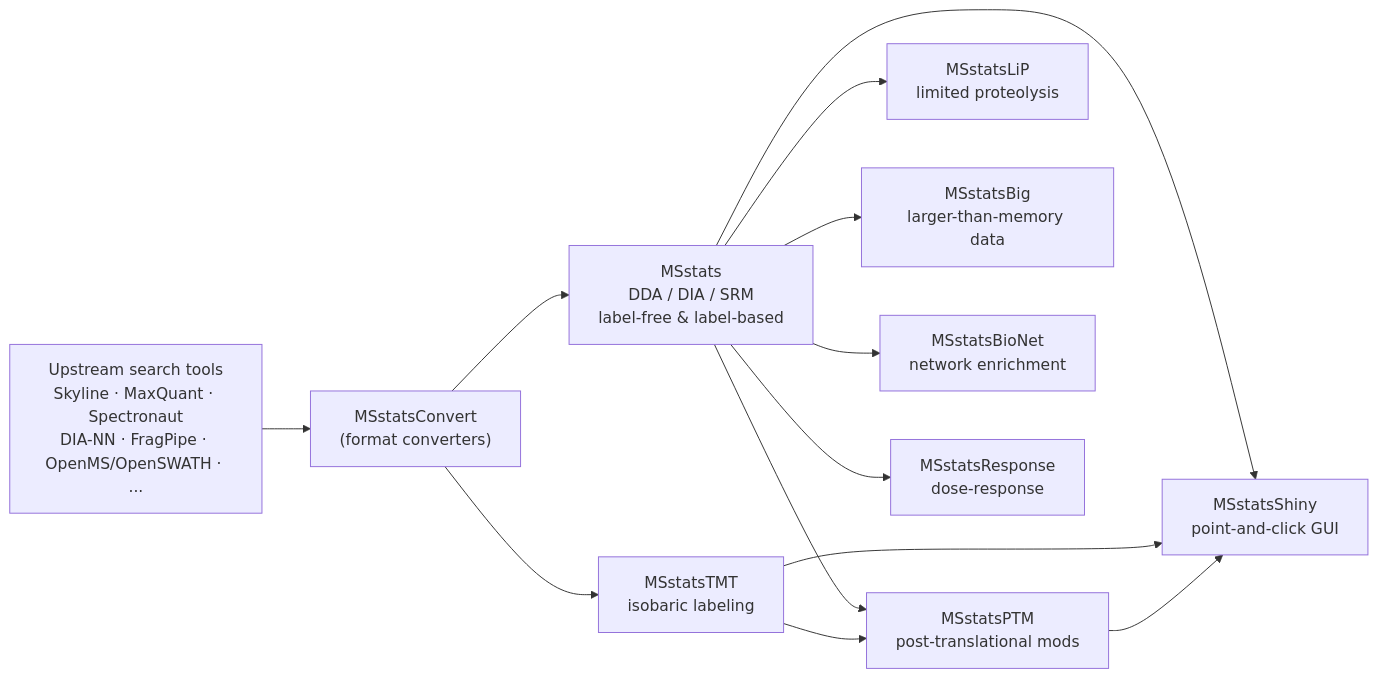
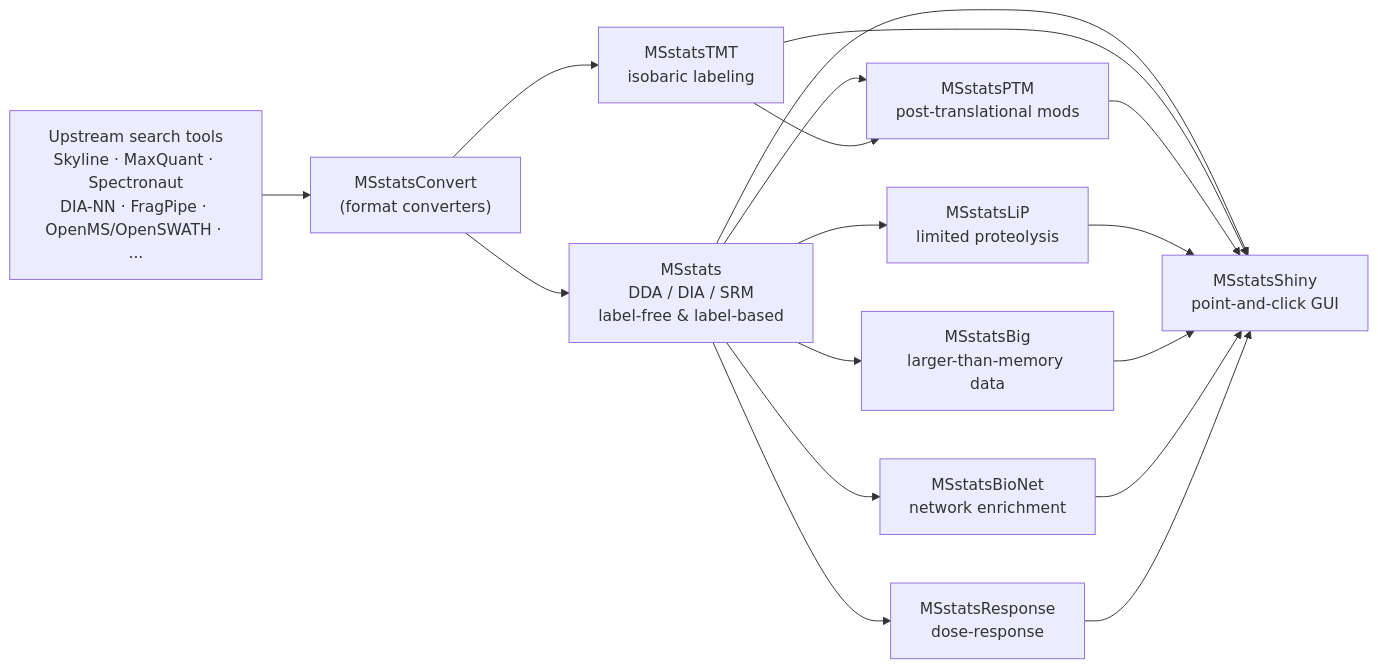
One commit to Vitek-Lab/MSstats changed the diagram in README.md. Above: the diagram before and after it, drawn with Mermaid. The commit also changed other lines of this file, not shown here.

Commit message:
updated diagram

````diff
--- a/README.md
+++ b/README.md
@@ -53,15 +51,19 @@
 ```mermaid
 flowchart LR
     A["Upstream search tools<br/>Skyline · MaxQuant · Spectronaut<br/>DIA-NN · FragPipe · OpenMS/OpenSWATH · ..."] --> B["MSstatsConvert<br/>(format converters)"]
     B --> C["MSstats<br/>DDA / DIA / SRM<br/>label-free & label-based"]
     B --> D["MSstatsTMT<br/>isobaric labeling"]
     C --> E["MSstatsPTM<br/>post-translational mods"]
     D --> E
     C --> F["MSstatsLiP<br/>limited proteolysis"]
     C --> G["MSstatsBig<br/>larger-than-memory data"]
     C --> H["MSstatsBioNet<br/>network enrichment"]
     C --> I["MSstatsResponse<br/>dose-response"]
     C --> J["MSstatsShiny<br/>point-and-click GUI"]
     D --> J
     E --> J
+    F --> J
+    G --> J
+    H --> J
+    I --> J
 ```
````
